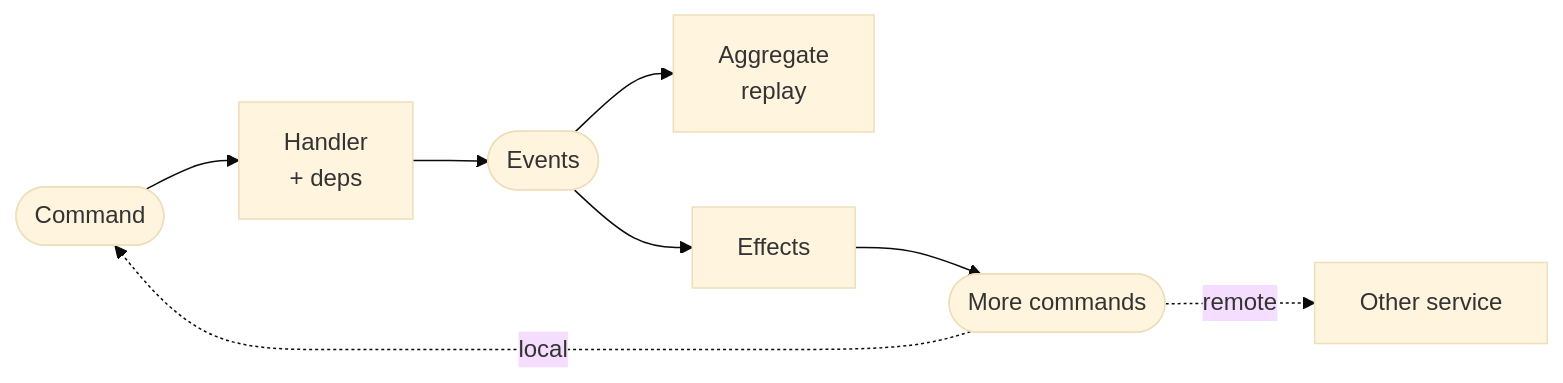
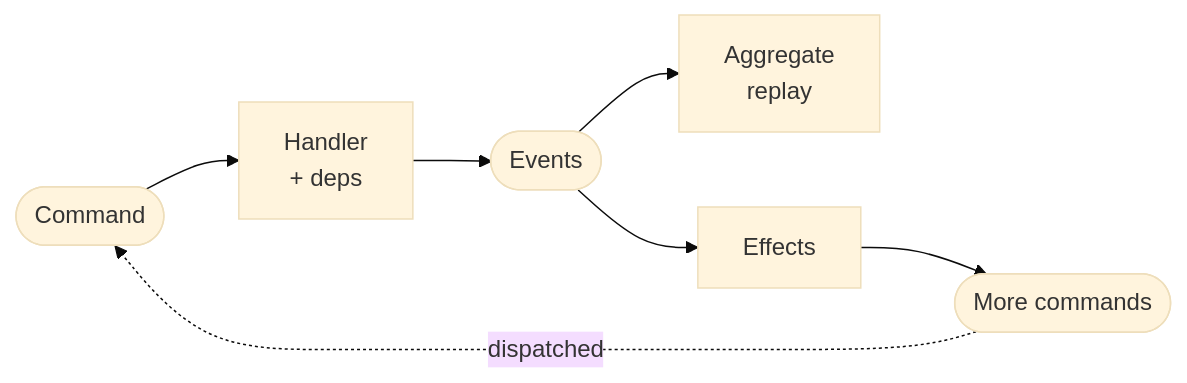
One commit to alpha-prosoft/edd-java changed the first of 3 diagrams in README.md. Above: the diagram before and after it, drawn with Mermaid (base theme). The commit also changed other lines of this file and 19 other files, not shown here.

````diff
--- a/README.md
+++ b/README.md
@@ -7,17 +7,15 @@
 ```mermaid
 flowchart LR
     Cmd([Command])
     H[Handler<br/>+ deps]
     Evt([Events])
     Agg[Aggregate<br/>replay]
     FX[Effects]
     Cmd2([More commands])
-    Other[Other service]
 
     Cmd --> H --> Evt
     Evt --> Agg
     Evt --> FX
     FX --> Cmd2
-    Cmd2 -. local .-> Cmd
-    Cmd2 -. remote .-> Other
+    Cmd2 -. dispatched .-> Cmd
 ```
````
